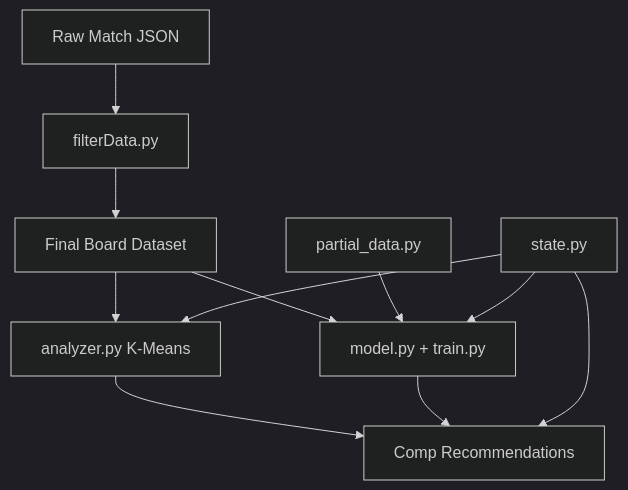
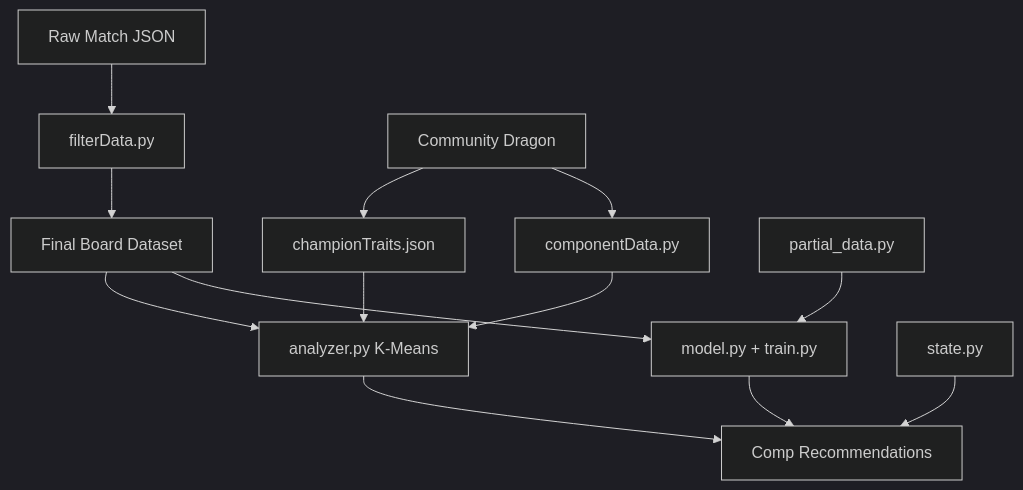
Before and after one commit to timothyoswald/Board2Placement: the diagram in README.md, drawn with Mermaid (dark theme). The commit also changed other lines of this file and 13 other files, not shown here.

````diff
--- a/README.md
+++ b/README.md
@@ -29,13 +19,15 @@
 ```mermaid
 flowchart TD
-    RawMatches[Raw Match JSON] --> FilterData[filterData.py]
-    FilterData --> FinalBoardDataset[Final Board Dataset]
-    FinalBoardDataset --> ArchetypeModel[analyzer.py K-Means]
-    FinalBoardDataset --> PlacementModel[model.py + train.py]
-    PartialData[partial_data.py] --> PlacementModel
-    ArchetypeModel --> Recommendation[Comp Recommendations]
-    PlacementModel --> Recommendation
-    GameState[state.py] --> ArchetypeModel
-    GameState --> PlacementModel
-    GameState --> Recommendation
+  RawMatches[Raw Match JSON] --> FilterData[filterData.py]
+  CDragon[Community Dragon] --> ChampMap[championTraits.json]
+  CDragon --> Recipes[componentData.py]
+  FilterData --> FinalBoardDataset[Final Board Dataset]
+  FinalBoardDataset --> ArchetypeModel[analyzer.py K-Means]
+  FinalBoardDataset --> PlacementModel[model.py + train.py]
+  PartialData[partial_data.py] --> PlacementModel
+  ChampMap --> ArchetypeModel
+  Recipes --> ArchetypeModel
+  ArchetypeModel --> Recommendation[Comp Recommendations]
+  PlacementModel --> Recommendation
+  GameState[state.py] --> Recommendation
 ```
````
